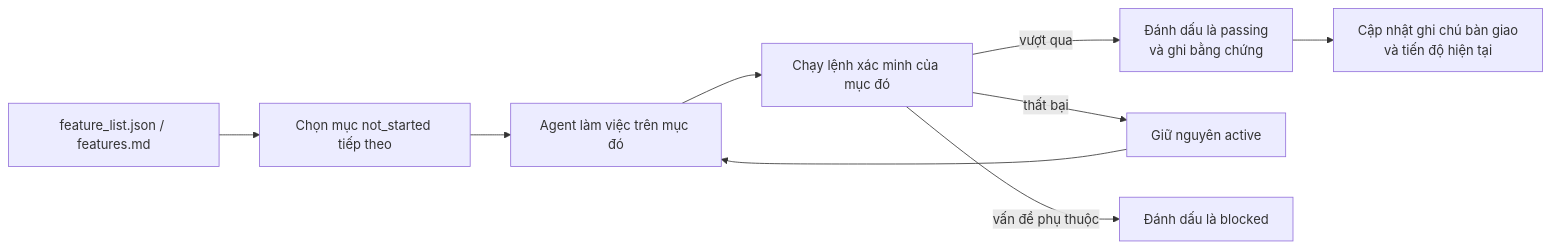
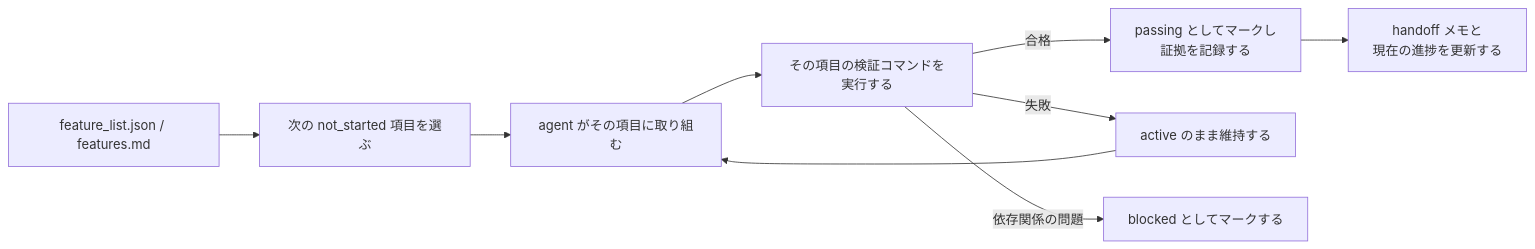
The second of 2 diagrams in docs/vi/lectures/lecture-08-why-feature-lists-are-harness-primitives/index.md (mkusaka/learn-harness-engineering), drawn with Mermaid before and after one commit. The commit also changed other lines of this file and 571 other files, not shown here.

````diff
--- a/docs/vi/lectures/lecture-08-why-feature-lists-are-harness-primitives/index.md
+++ b/docs/vi/lectures/lecture-08-why-feature-lists-are-harness-primitives/index.md
@@ -40,11 +40,11 @@
 ```mermaid
 flowchart LR
-    List["feature_list.json / features.md"] --> Scheduler["Chọn mục not_started tiếp theo"]
-    Scheduler --> Agent["Agent làm việc trên mục đó"]
-    Agent --> Verifier["Chạy lệnh xác minh của mục đó"]
-    Verifier -->|vượt qua| Passing["Đánh dấu là passing<br/>và ghi bằng chứng"]
-    Verifier -->|thất bại| Active["Giữ nguyên active"]
-    Verifier -->|vấn đề phụ thuộc| Blocked["Đánh dấu là blocked"]
-    Passing --> Handoff["Cập nhật ghi chú bàn giao<br/>và tiến độ hiện tại"]
+    List["feature_list.json / features.md"] --> Scheduler["次の not_started 項目を選ぶ"]
+    Scheduler --> Agent["agent がその項目に取り組む"]
+    Agent --> Verifier["その項目の検証コマンドを実行する"]
+    Verifier -->|合格| Passing["passing としてマークし<br/>証拠を記録する"]
+    Verifier -->|失敗| Active["active のまま維持する"]
+    Verifier -->|依存関係の問題| Blocked["blocked としてマークする"]
+    Passing --> Handoff["handoff メモと<br/>現在の進捗を更新する"]
     Active --> Agent
 ```
````
